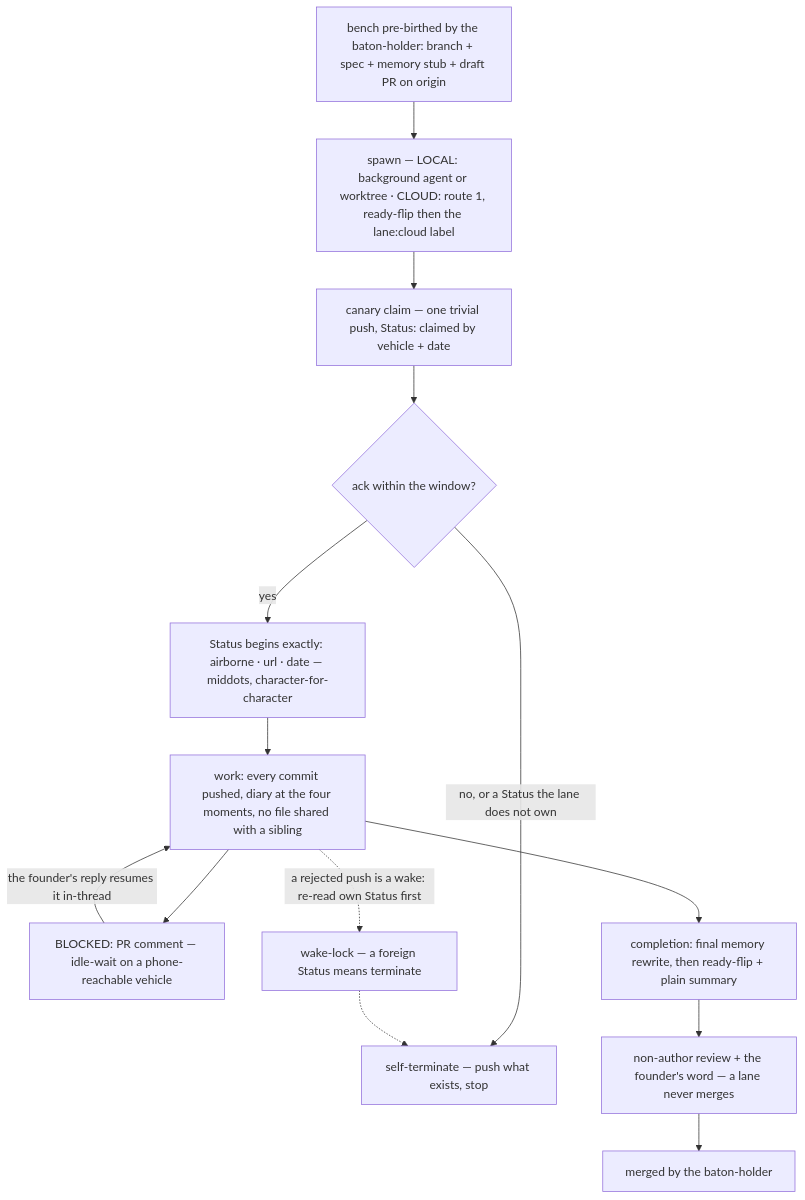
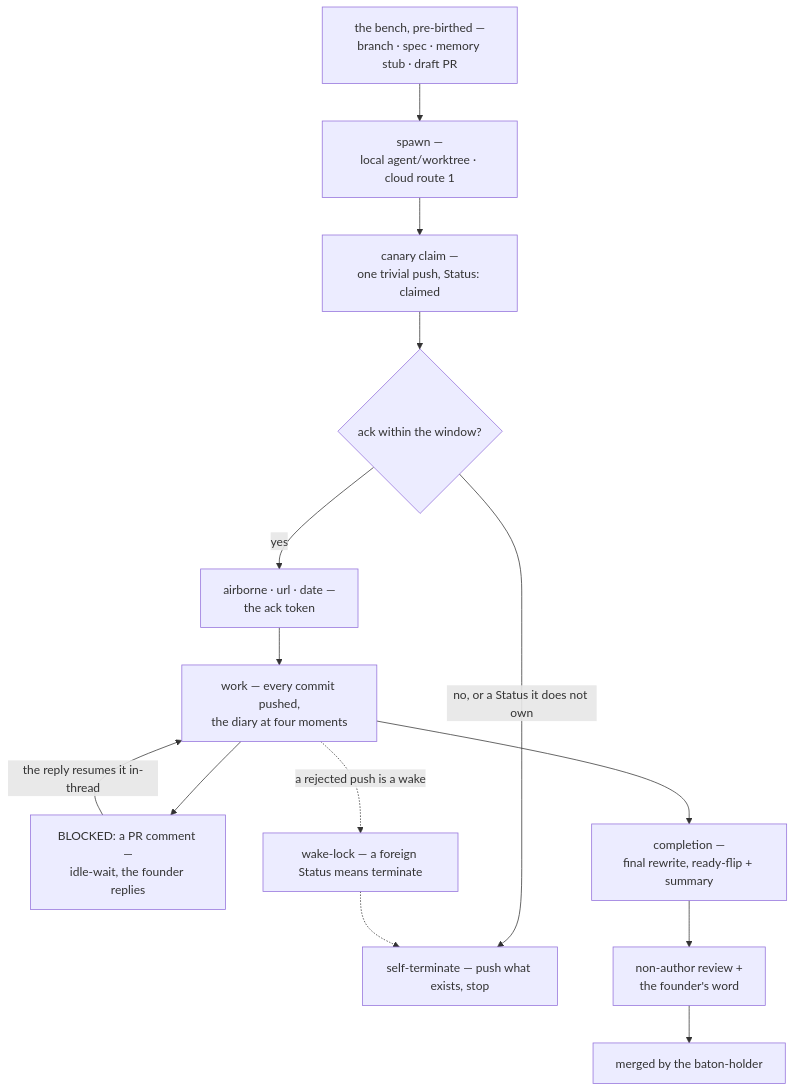
The fourth of 8 diagrams in docs/ATLAS.md (wsher0901/roam), drawn with Mermaid before and after one commit. The commit also changed other lines of this file and 6 other files, not shown here.

````diff
--- a/docs/ATLAS.md
+++ b/docs/ATLAS.md
@@ -145,16 +170,16 @@
 ```mermaid
 flowchart TD
-  B["bench pre-birthed by the baton-holder: branch + spec + memory stub + draft PR on origin"] --> S["spawn — LOCAL: background agent or worktree · CLOUD: route 1, ready-flip then the lane:cloud label"]
-  S --> CL["canary claim — one trivial push, Status: claimed by vehicle + date"]
+  B["the bench, pre-birthed —<br/>branch · spec · memory stub · draft PR"] --> S["spawn —<br/>local agent/worktree · cloud route 1"]
+  S --> CL["canary claim —<br/>one trivial push, Status: claimed"]
   CL --> ACK{"ack within the window?"}
-  ACK -->|yes| AIR["Status begins exactly: airborne · url · date — middots, character-for-character"]
-  ACK -->|"no, or a Status the lane does not own"| TERM["self-terminate — push what exists, stop"]
-  AIR --> WK["work: every commit pushed, diary at the four moments, no file shared with a sibling"]
-  WK --> BL["BLOCKED: PR comment — idle-wait on a phone-reachable vehicle"]
-  BL -->|"the founder's reply resumes it in-thread"| WK
-  WK --> DONE["completion: final memory rewrite, then ready-flip + plain summary"]
-  DONE --> RV["non-author review + the founder's word — a lane never merges"]
+  ACK -->|yes| AIR["airborne · url · date —<br/>the ack token"]
+  ACK -->|"no, or a Status it does not own"| TERM["self-terminate — push what exists, stop"]
+  AIR --> WK["work — every commit pushed,<br/>the diary at four moments"]
+  WK --> BL["BLOCKED: a PR comment —<br/>idle-wait, the founder replies"]
+  BL -->|"the reply resumes it in-thread"| WK
+  WK --> DONE["completion —<br/>final rewrite, ready-flip + summary"]
+  DONE --> RV["non-author review +<br/>the founder's word"]
   RV --> MG["merged by the baton-holder"]
-  WK -.->|"a rejected push is a wake: re-read own Status first"| WLK["wake-lock — a foreign Status means terminate"]
+  WK -.->|"a rejected push is a wake"| WLK["wake-lock — a foreign Status means terminate"]
   WLK -.-> TERM
 ```
````
